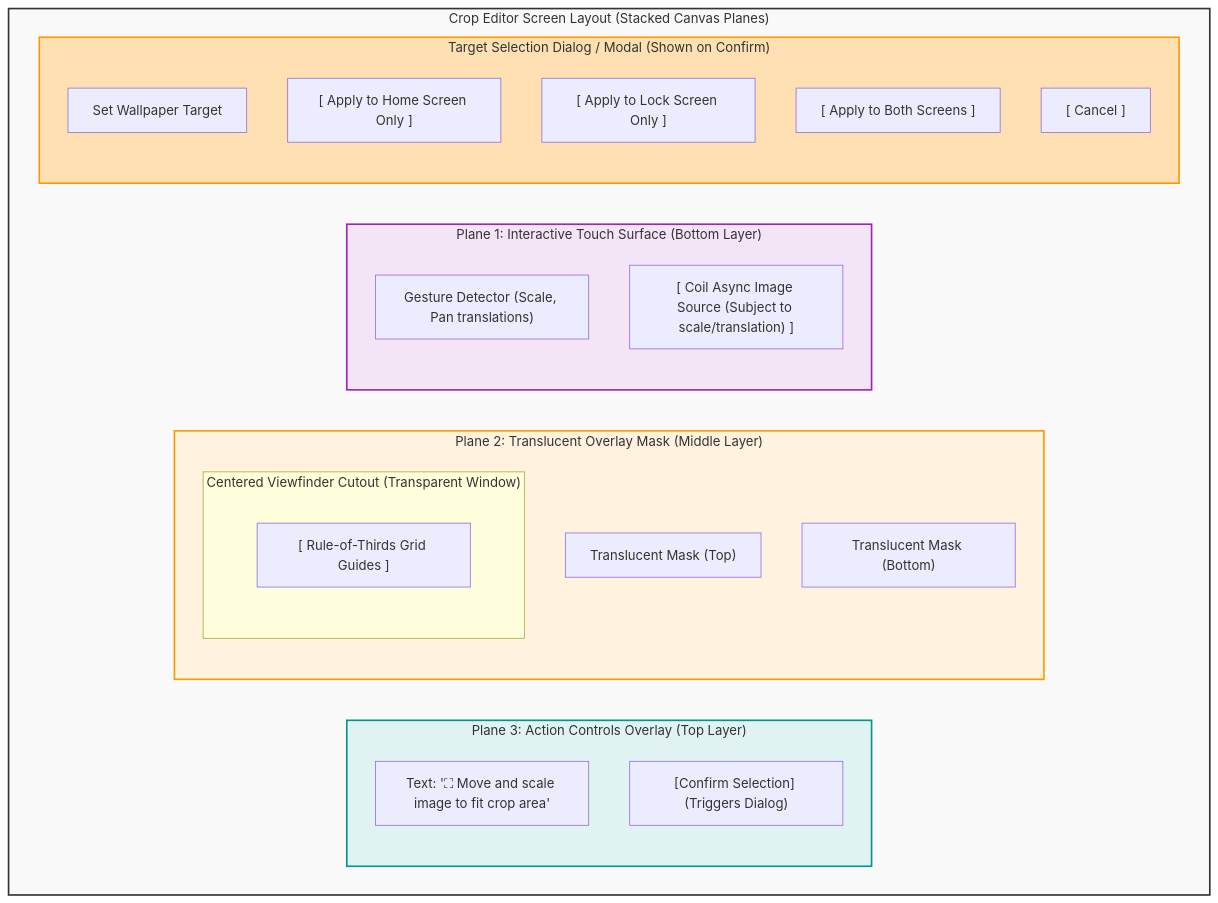
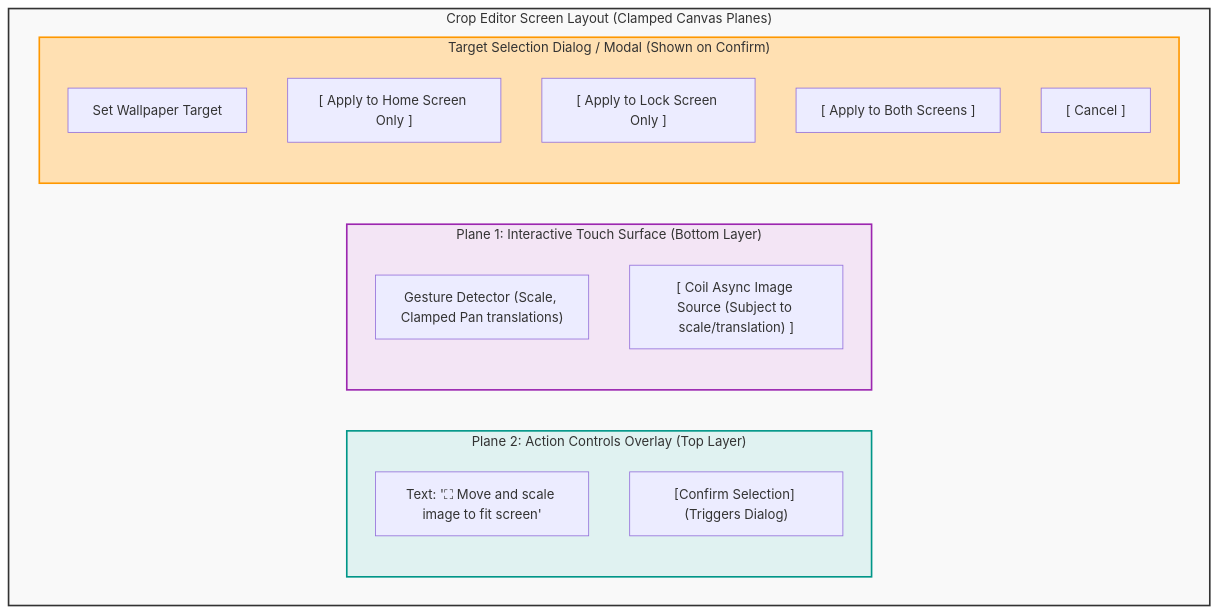
Before and after one commit to longnp91/wallpaper-scheduler: the third of 4 diagrams in design/wireframe-spec.md, drawn with Mermaid. The commit also changed other lines of this file and 4 other files, not shown here.

````diff
--- a/design/wireframe-spec.md
+++ b/design/wireframe-spec.md
@@ -138,36 +141,27 @@
 ```mermaid
 graph TB
-    subgraph CropEditorScreen ["Crop Editor Screen Layout (Stacked Canvas Planes)"]
-        subgraph Plane3 ["Plane 3: Action Controls Overlay (Top Layer)"]
-            ActionText["Text: '⛶ Move and scale image to fit crop area'"]
+    subgraph CropEditorScreen ["Crop Editor Screen Layout (Clamped Canvas Planes)"]
+        subgraph Plane2 ["Plane 2: Action Controls Overlay (Top Layer)"]
+            ActionText["Text: '⛶ Move and scale image to fit screen'"]
             ConfirmBtn["[Confirm Selection] (Triggers Dialog)"]
         end
 
-        subgraph Plane2 ["Plane 2: Translucent Overlay Mask (Middle Layer)"]
-            MaskTop["Translucent Mask (Top)"]
-            subgraph Cutout ["Centered Viewfinder Cutout (Transparent Window)"]
-                GridLines["[ Rule-of-Thirds Grid Guides ]"]
-            end
-            MaskBottom["Translucent Mask (Bottom)"]
-        end
-
         subgraph Plane1 ["Plane 1: Interactive Touch Surface (Bottom Layer)"]
-            GestureHandler["Gesture Detector (Scale, Pan translations)"]
+            GestureHandler["Gesture Detector (Scale, Clamped Pan translations)"]
             SourceImage["[ Coil Async Image Source (Subject to scale/translation) ]"]
         end
 
         subgraph TargetDialog ["Target Selection Dialog / Modal (Shown on Confirm)"]
             DialogTitle["Set Wallpaper Target"]
             HomeBtn["[ Apply to Home Screen Only ]"]
             LockBtn["[ Apply to Lock Screen Only ]"]
             BothBtn["[ Apply to Both Screens ]"]
             CancelDialogBtn["[ Cancel ]"]
         end
     end
 
     style CropEditorScreen fill:#f9f9f9,stroke:#333,stroke-width:2px;
-    style Plane3 fill:#e0f2f1,stroke:#009688,stroke-width:2px;
-    style Plane2 fill:#fff3e0,stroke:#ff9800,stroke-width:2px;
+    style Plane2 fill:#e0f2f1,stroke:#009688,stroke-width:2px;
     style Plane1 fill:#f3e5f5,stroke:#9c27b0,stroke-width:2px;
     style TargetDialog fill:#ffe0b2,stroke:#ff9800,stroke-width:2px;
 ```
````
